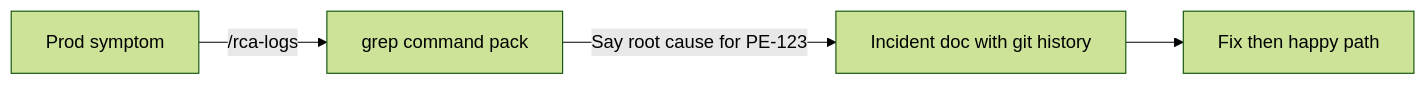
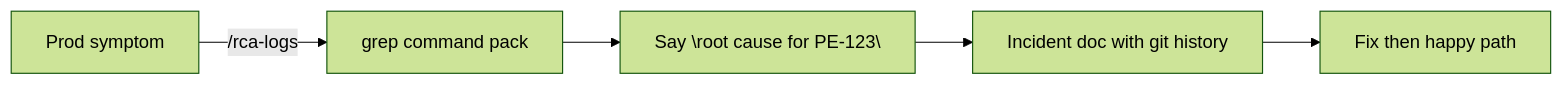
One commit to trusttAshutosh/cursor-markdowns changed the second of 2 diagrams in WORKFLOW.md. Above: the diagram before and after it, drawn with Mermaid (forest theme). The commit also changed other lines of this file and 1 other file, not shown here.

Commit message:
docs: show quoted Say phrases in WORKFLOW mermaid nodes

````diff
--- a/WORKFLOW.md
+++ b/WORKFLOW.md
@@ -37,6 +39,7 @@
 ```mermaid
 flowchart LR
   P[Prod symptom] -->|/rca-logs| Q[grep command pack]
-  Q -->|Say root cause for PE-123| R[Incident doc with git history]
+  Q --> S1["Say \"root cause for PE-123\""]
+  S1 --> R[Incident doc with git history]
   R --> S[Fix then happy path]
 ```
````
